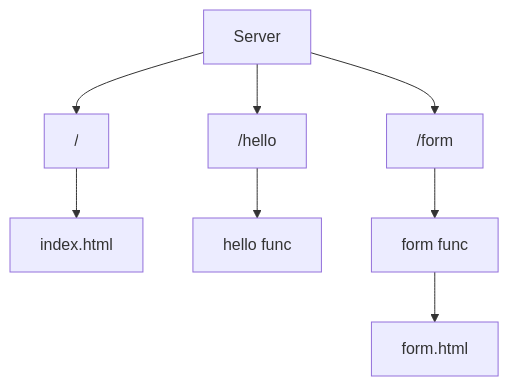
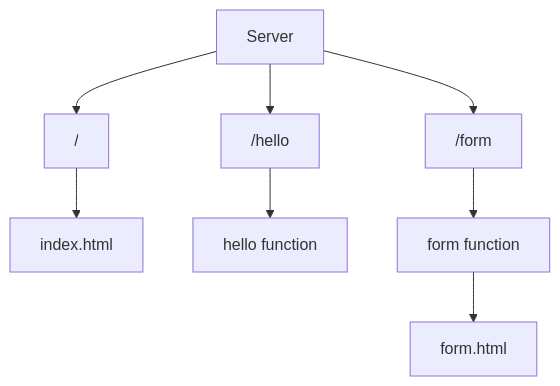
One commit to victorthecreative/go-simple-webserver changed the diagram in README.md. Above: the diagram before and after it, drawn with Mermaid. The commit also changed other lines of this file, not shown here.

Commit message:
Ajuste mermaid

````diff
--- a/README.md
+++ b/README.md
@@ -7,6 +7,6 @@
 ```mermaid
 graph TD
     Server --> root["/"] --> indexHtml["index.html"]
-    Server --> hello["/hello"] --> helloFunction["hello func"]
-    Server --> form["/form"] --> formFunction["form func"] --> formHtml["form.html"]
+    Server --> hello["/hello"] --> helloFunction["hello function"]
+    Server --> form["/form"] --> formFunction["form function"] --> formHtml["form.html"]
 ```
````
